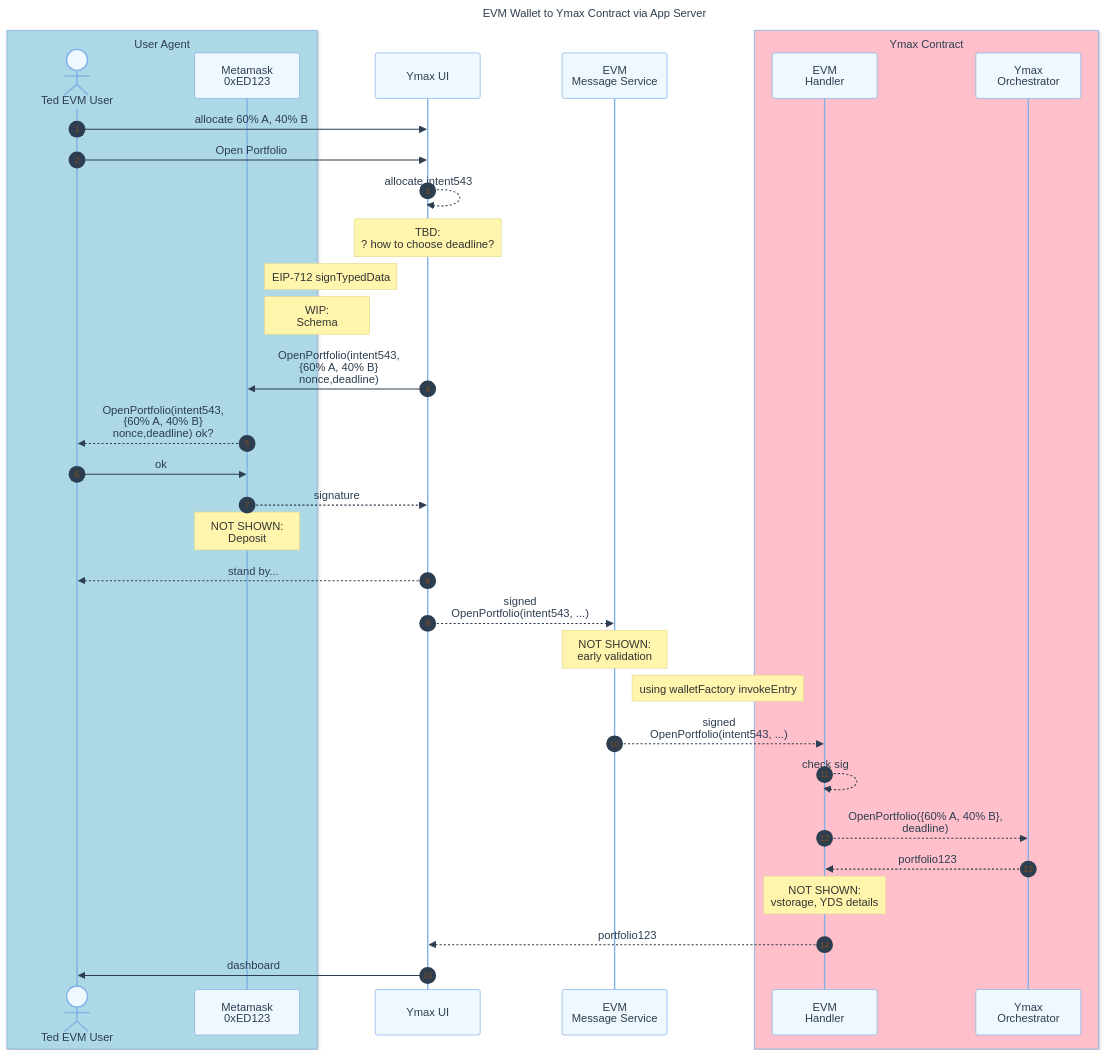
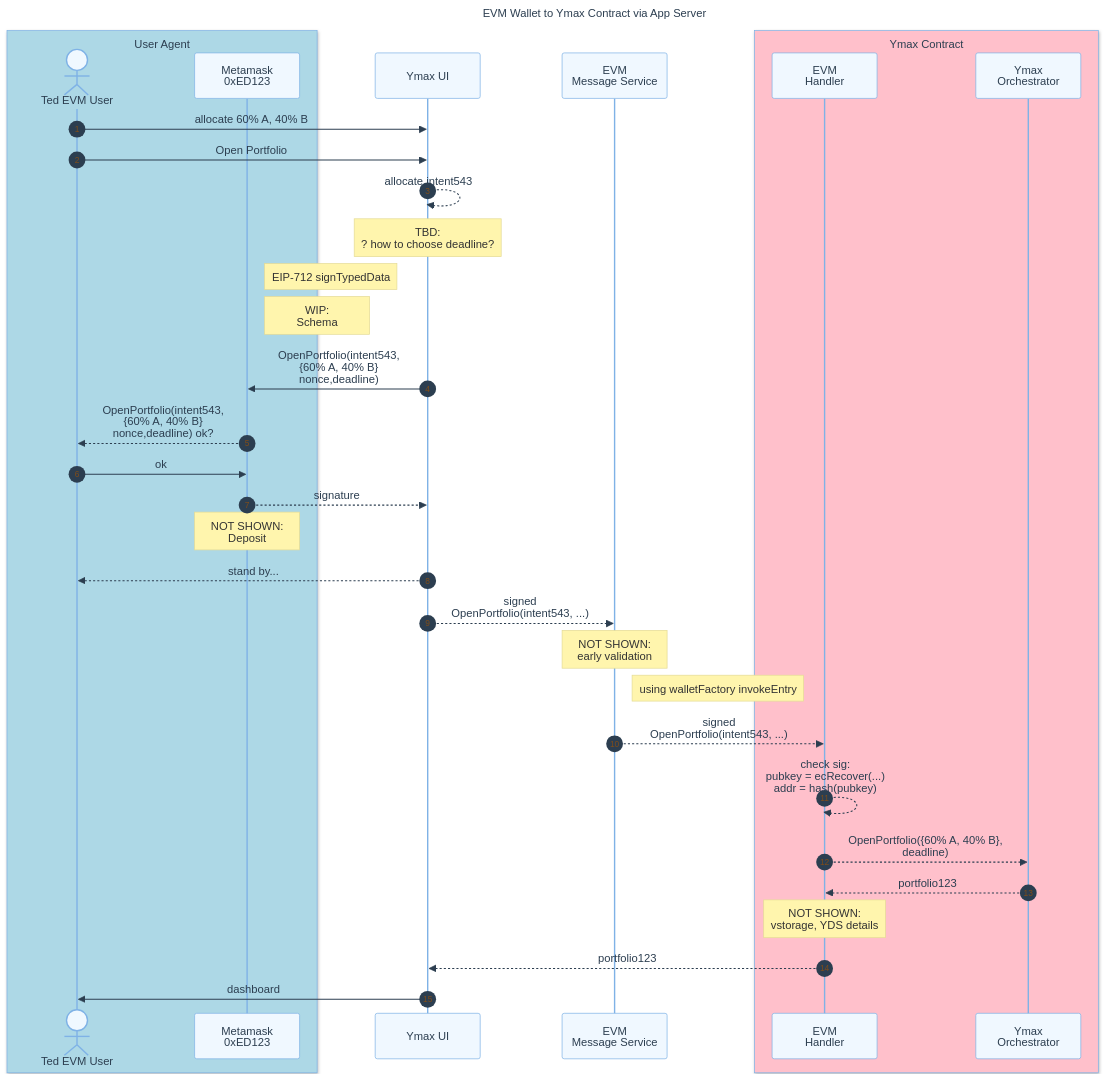
Before and after one commit to Agoric/agoric-sdk: the second of 6 diagrams in packages/portfolio-contract/docs-design/evm-wallet.md, drawn with Mermaid.

Commit message:
fixup: recover pubkey, addr in signature check
Clarify the signature check process in the EVM wallet documentation.

````diff
--- a/packages/portfolio-contract/docs-design/evm-wallet.md
+++ b/packages/portfolio-contract/docs-design/evm-wallet.md
@@ -48,54 +48,54 @@
 ```mermaid
 
 %%{init: {
   'theme': 'base',
   'themeVariables': {
     'primaryColor': '#f0f8ff',
     'primaryTextColor': '#2c3e50',
     'primaryBorderColor': '#7fb2e6',
     'lineColor': '#7fb2e6',
     'secondaryColor': '#f6f8fa',
     'tertiaryColor': '#fff5e6'
   }
 }}%%
 sequenceDiagram
   title EVM Wallet to Ymax Contract via App Server
   autonumber
   box lightblue User Agent
     actor U as Ted EVM User
     participant MM as Metamask<br/>0xED123
   end
     participant D as Ymax UI
     participant EMS as EVM<br/> Message Service
     %% [Where it runs]
     box Pink Ymax Contract
     participant EMH as EVM<br/>Handler
     participant YC as Ymax<br/>Orchestrator
     end
 
     %% Notation: ->> for initial message, -->> for consequences
 
   U->>D: allocate 60% A, 40% B
   U->>D: Open Portfolio
   D-->>D: allocate intent543
   note over D: TBD:<br/>? how to choose deadline?
   note right of MM: EIP-712 signTypedData
   note right of MM: WIP:<br/>Schema
   D->>MM: OpenPortfolio(intent543,<br/>{60% A, 40% B}<br/>nonce,deadline)
   MM-->>U: OpenPortfolio(intent543,<br/>{60% A, 40% B}<br/>nonce,deadline) ok?
   U->>MM: ok
   MM-->>D: signature
   note over MM: NOT SHOWN:<br/>Deposit
   D-->>U: stand by...
 
     D -->> EMS: signed<br/>OpenPortfolio(intent543, ...)
     note over EMS: NOT SHOWN:<br/>early validation
     note right of EMS: using walletFactory invokeEntry
     EMS -->> EMH: signed<br/>OpenPortfolio(intent543, ...)
-    EMH -->> EMH: check sig
+    EMH -->> EMH: check sig:<br/>pubkey = ecRecover(...)<br/>addr = hash(pubkey) 
     EMH -->> YC: OpenPortfolio({60% A, 40% B},<br/>deadline)
     YC -->> EMH: portfolio123
     note over EMH: NOT SHOWN:<br/>vstorage, YDS details
     EMH -->> D: portfolio123
     D ->> U: dashboard
 ```
````
